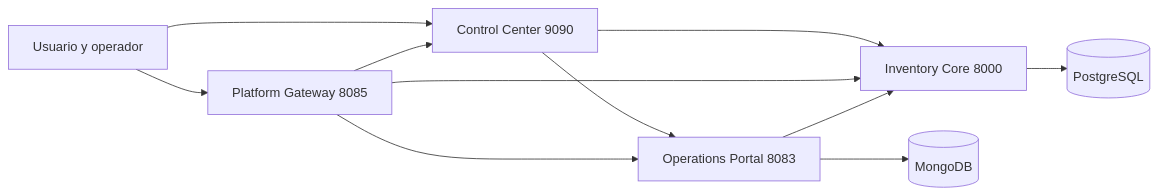
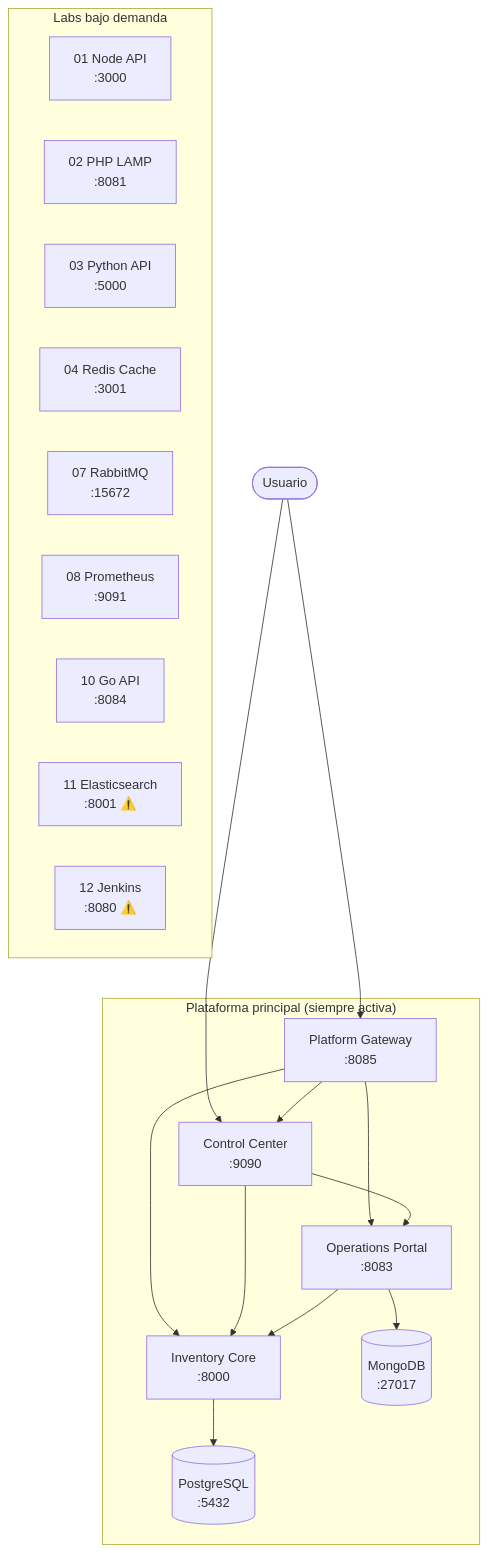
The diagram in README.md (vladimiracunadev-create/docker-labs), drawn with Mermaid before and after one commit. The commit also changed other lines of this file, not shown here.

First line of the commit message:
docs: rewrite README — one status table, complete architecture, no duplicate sections

````diff
--- a/README.md
+++ b/README.md
@@ -155,21 +75,37 @@
 ```mermaid
-flowchart LR
-    user[Usuario y operador]
-    panel[Control Center 9090]
-    gateway[Platform Gateway 8085]
-    core[Inventory Core 8000]
-    portal[Operations Portal 8083]
-    postgres[(PostgreSQL)]
-    mongo[(MongoDB)]
+flowchart TD
+    user([Usuario])
+
+    subgraph plataforma["Plataforma principal (siempre activa)"]
+        panel["Control Center\n:9090"]
+        gateway["Platform Gateway\n:8085"]
+        core["Inventory Core\n:8000"]
+        portal["Operations Portal\n:8083"]
+        pg[("PostgreSQL\n:5432")]
+        mongo[("MongoDB\n:27017")]
+    end
+
+    subgraph labs["Labs bajo demanda"]
+        direction LR
+        l01["01 Node API\n:3000"]
+        l02["02 PHP LAMP\n:8081"]
+        l03["03 Python API\n:5000"]
+        l04["04 Redis Cache\n:3001"]
+        l07["07 RabbitMQ\n:15672"]
+        l08["08 Prometheus\n:9091"]
+        l10["10 Go API\n:8084"]
+        l11["11 Elasticsearch\n:8001 ⚠️"]
+        l12["12 Jenkins\n:8080 ⚠️"]
+    end
 
     user --> panel
     user --> gateway
-    panel --> core
-    panel --> portal
     gateway --> panel
     gateway --> core
     gateway --> portal
+    panel --> core
+    panel --> portal
+    core --> pg
     portal --> core
-    core --> postgres
     portal --> mongo
 ```
````
